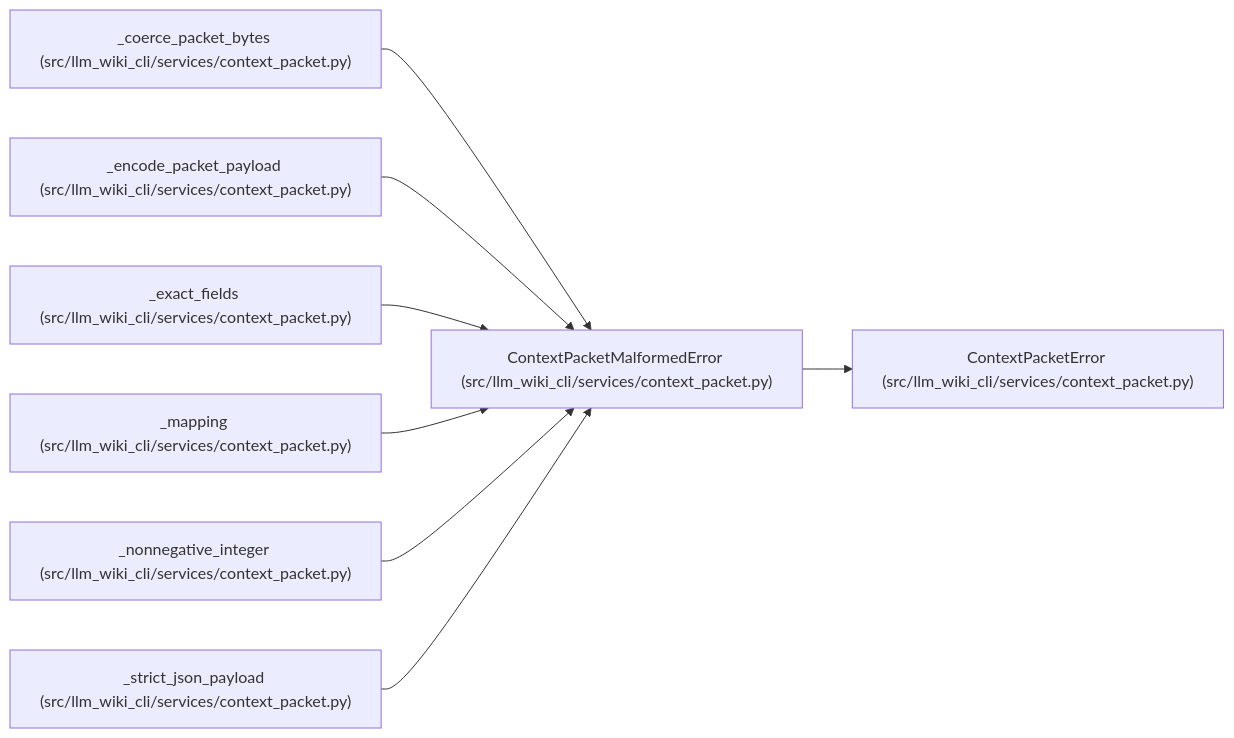
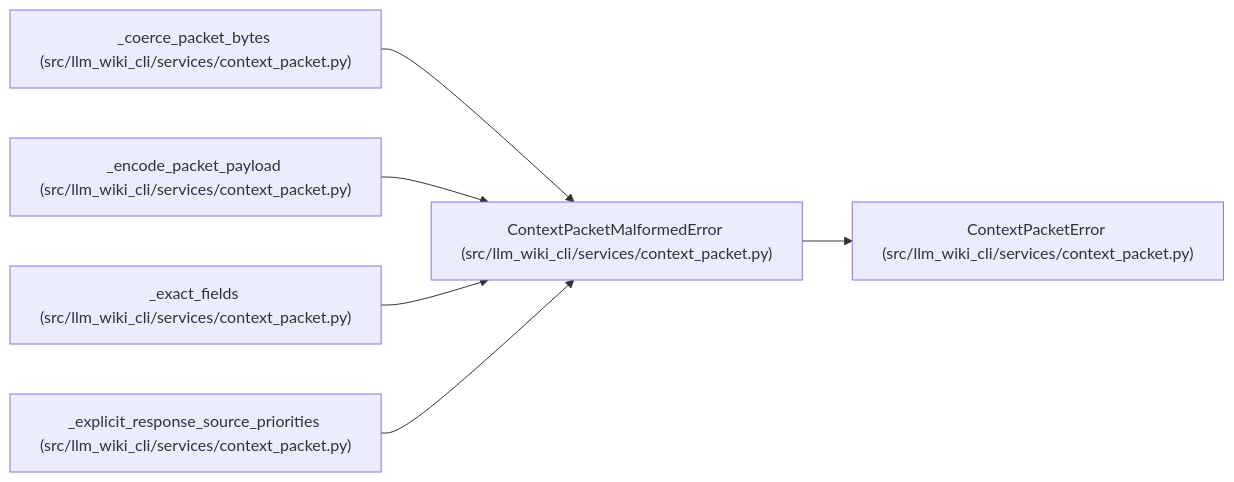
Before and after one commit to Denissvgn/python-wiki-llm: the diagram in docs/llm_wiki/entities/ContextPacketMalformedError.md, drawn with Mermaid. The commit also changed other lines of this file and 364 other files, not shown here.

````diff
--- a/docs/llm_wiki/entities/ContextPacketMalformedError.md
+++ b/docs/llm_wiki/entities/ContextPacketMalformedError.md
@@ -25,26 +25,20 @@
 ```mermaid
 flowchart LR
     n0["ContextPacketMalformedError (src/llm_wiki_cli/services/context_packet.py)"]
     n1["ContextPacketError (src/llm_wiki_cli/services/context_packet.py)"]
     n2["_coerce_packet_bytes (src/llm_wiki_cli/services/context_packet.py)"]
     n3["_encode_packet_payload (src/llm_wiki_cli/services/context_packet.py)"]
     n4["_exact_fields (src/llm_wiki_cli/services/context_packet.py)"]
-    n5["_mapping (src/llm_wiki_cli/services/context_packet.py)"]
-    n6["_nonnegative_integer (src/llm_wiki_cli/services/context_packet.py)"]
-    n7["_strict_json_payload (src/llm_wiki_cli/services/context_packet.py)"]
+    n5["_explicit_response_source_priorities (src/llm_wiki_cli/services/context_packet.py)"]
     n0 --> n1
     n2 --> n0
     n3 --> n0
     n4 --> n0
     n5 --> n0
-    n6 --> n0
-    n7 --> n0
     click n0 "../modules/context_packet.md"
     click n1 "../modules/context_packet.md"
     click n2 "../modules/context_packet.md"
     click n3 "../modules/context_packet.md"
     click n4 "../modules/context_packet.md"
     click n5 "../modules/context_packet.md"
-    click n6 "../modules/context_packet.md"
-    click n7 "../modules/context_packet.md"
 ```
````
